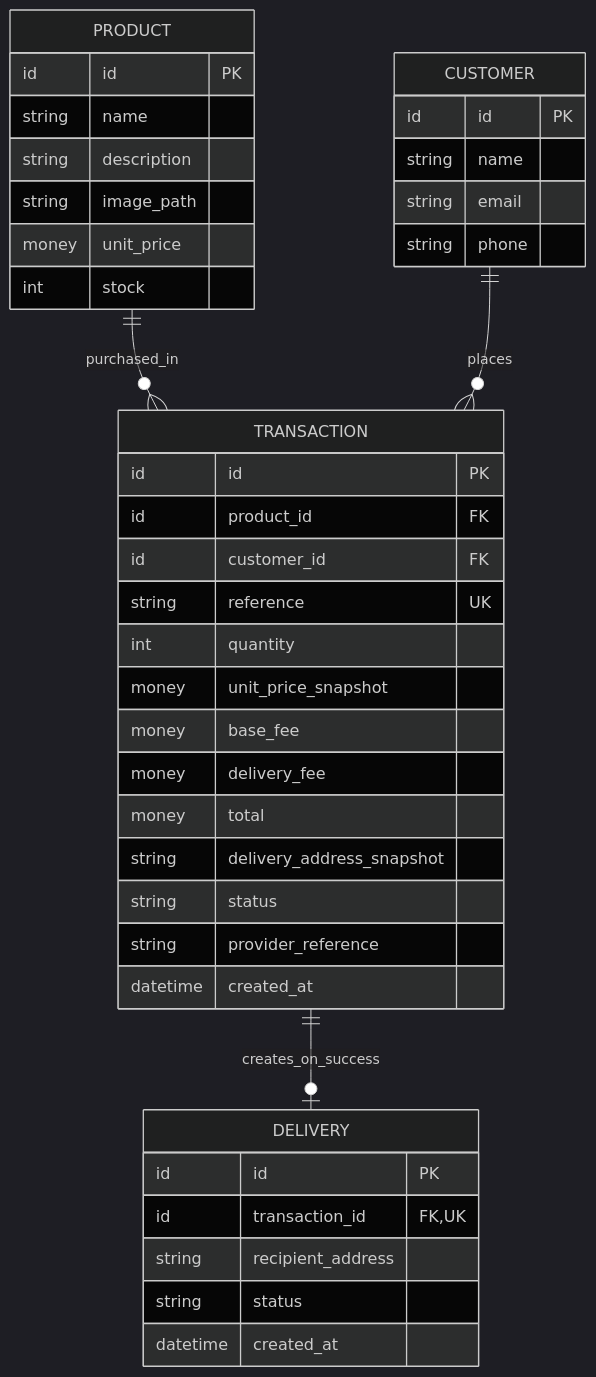
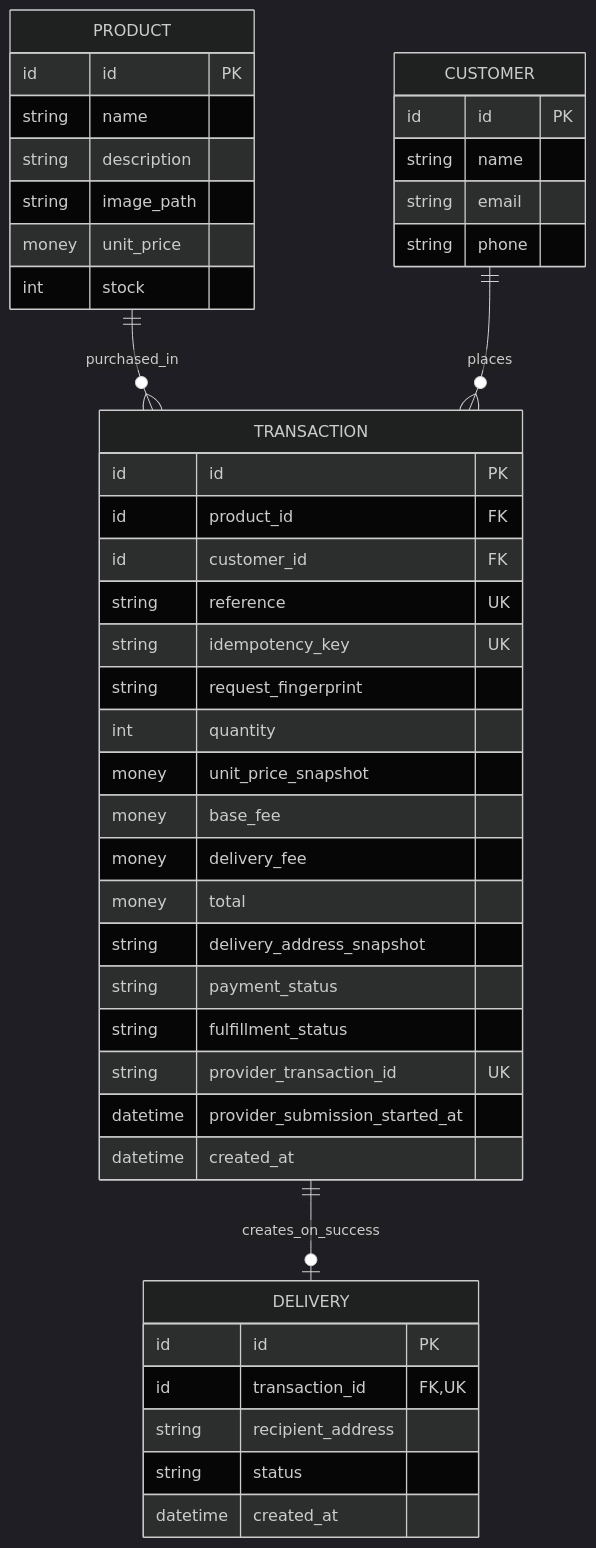
Before and after one commit to alexanderbeleno16/product-payment: the fourth of 5 diagrams in README.md, drawn with Mermaid (dark theme). The commit also changed other lines of this file, not shown here.

Commit message:
docs(architecture): clarify idempotent checkout finalization

````diff
--- a/README.md
+++ b/README.md
@@ -113,46 +137,50 @@
 ```mermaid
 erDiagram
     PRODUCT ||--o{ TRANSACTION : purchased_in
     CUSTOMER ||--o{ TRANSACTION : places
     TRANSACTION ||--o| DELIVERY : creates_on_success
 
     PRODUCT {
         id id PK
         string name
         string description
         string image_path
         money unit_price
         int stock
     }
 
     CUSTOMER {
         id id PK
         string name
         string email
         string phone
     }
 
     TRANSACTION {
         id id PK
         id product_id FK
         id customer_id FK
         string reference UK
+        string idempotency_key UK
+        string request_fingerprint
         int quantity
         money unit_price_snapshot
         money base_fee
         money delivery_fee
         money total
         string delivery_address_snapshot
-        string status
-        string provider_reference
+        string payment_status
+        string fulfillment_status
+        string provider_transaction_id UK
+        datetime provider_submission_started_at
         datetime created_at
     }
 
     DELIVERY {
         id id PK
         id transaction_id FK, UK
         string recipient_address
         string status
         datetime created_at
     }
 ```
````
